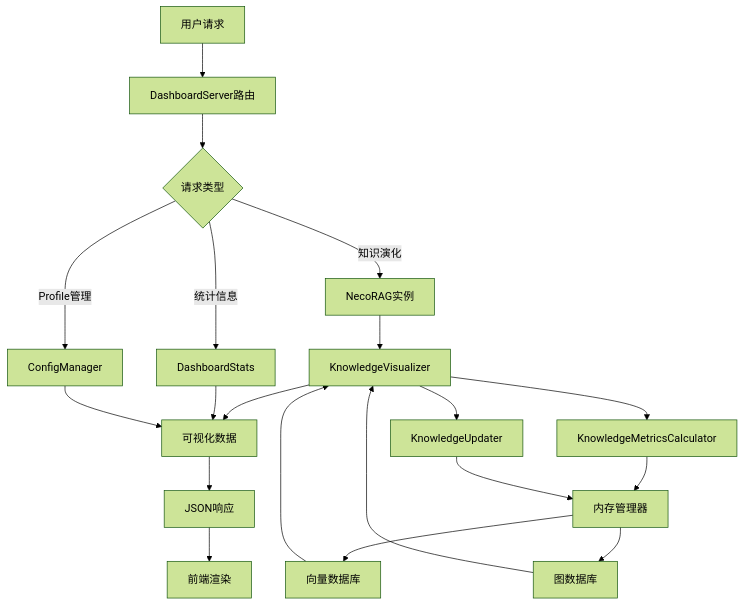
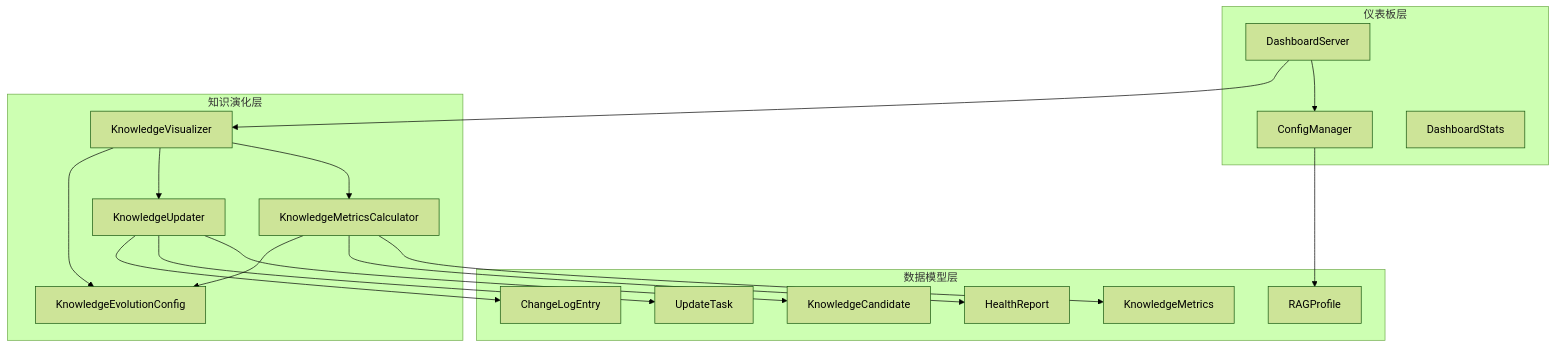
The fifth of 5 diagrams in .qoder/repowiki/zh/content/知识演化系统/可视化仪表板.md (JieGaoPrinceton/NecoRAG), drawn with Mermaid (forest theme) before and after one commit. The commit also changed other lines of this file and 181 other files, not shown here.

````diff
--- a/.qoder/repowiki/zh/content/知识演化系统/可视化仪表板.md
+++ b/.qoder/repowiki/zh/content/知识演化系统/可视化仪表板.md
@@ -354,22 +321,34 @@
 ```mermaid
-flowchart TD
-A[用户请求] --> B[DashboardServer路由]
-B --> C{请求类型}
-C --> |Profile管理| D[ConfigManager]
-C --> |统计信息| E[DashboardStats]
-C --> |知识演化| F[NecoRAG实例]
-F --> G[KnowledgeVisualizer]
-G --> H[KnowledgeMetricsCalculator]
-G --> I[KnowledgeUpdater]
-H --> J[内存管理器]
-I --> J
-J --> K[向量数据库]
-J --> L[图数据库]
-K --> G
-L --> G
-G --> M[可视化数据]
-E --> M
-D --> M
-M --> N[JSON响应]
-N --> O[前端渲染]
+graph TB
+subgraph "仪表板层"
+A[DashboardServer]
+B[ConfigManager]
+C[DashboardStats]
+end
+subgraph "知识演化层"
+D[KnowledgeVisualizer]
+E[KnowledgeMetricsCalculator]
+F[KnowledgeUpdater]
+G[KnowledgeEvolutionConfig]
+end
+subgraph "数据模型层"
+H[RAGProfile]
+I[KnowledgeMetrics]
+J[HealthReport]
+K[KnowledgeCandidate]
+L[UpdateTask]
+M[ChangeLogEntry]
+end
+A --> B
+A --> D
+D --> E
+D --> F
+B --> H
+E --> I
+E --> J
+F --> K
+F --> L
+F --> M
+E --> G
+D --> G
 ```
````
